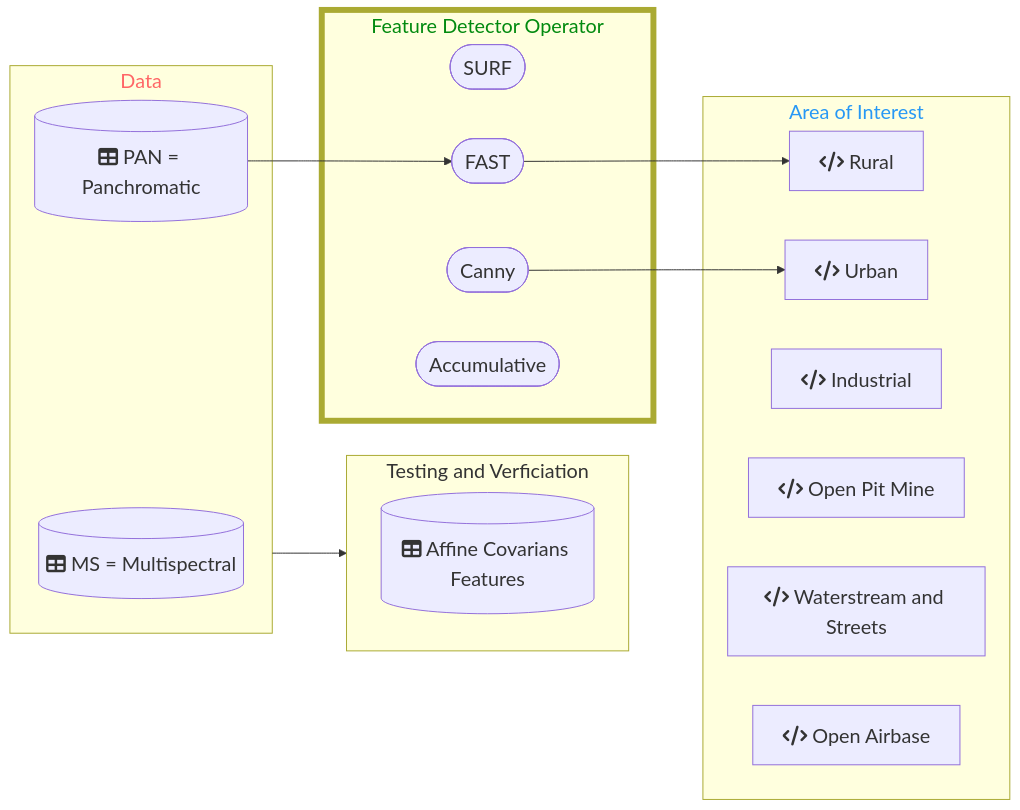
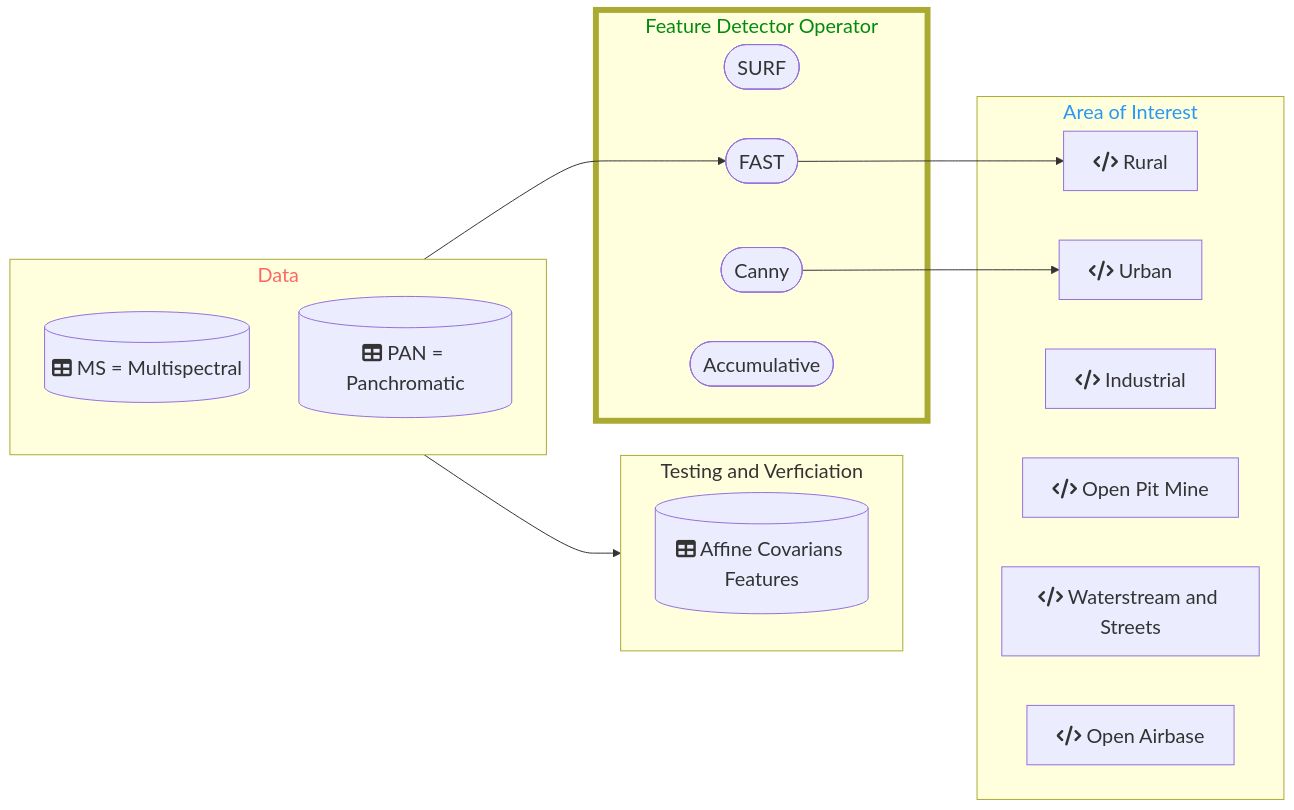
One commit to DippoldEJ/Feature-Detection-and-Explanation changed the diagram in Application/README.md. Above: the diagram before and after it, drawn with Mermaid.

````diff
--- a/Application/README.md
+++ b/Application/README.md
@@ -13,45 +13,46 @@
 ```mermaid
 flowchart LR;
 %%{init: {
 	'themeVariables': { 'fontSize': '20px', 'fontFamily': 'Didot'}
 	}
 }%%
 
  subgraph n[Data]
+        direction TD
         g[(fa:fa-table MS = Multispectral)]
         h[(fa:fa-table PAN = Panchromatic)]
     end
 
  subgraph q[Testing and Verficiation]
         direction TD
         r[(fa:fa-table Affine Covarians Features)]
     end
 
  subgraph o[Feature Detector Operator]
         j([SURF])
         k([FAST])
         l([Canny])
         m([Accumulative])
     end
 
 subgraph p[Area of Interest]
     a[fa:fa-code Rural]
     b[fa:fa-code Urban]
     c[fa:fa-code Industrial]
     d[fa:fa-code Open Pit Mine]
     e[fa:fa-code Waterstream and Streets]
     f[fa:fa-code Open Airbase]
     end
 
 style n color:#f66
 style o stroke-width:6px
 style o color:#028A0F
 style p color:#2798F5
 
 h-->k
 k-->a
 l-->b
 n-->q
 
 
 ```
````
